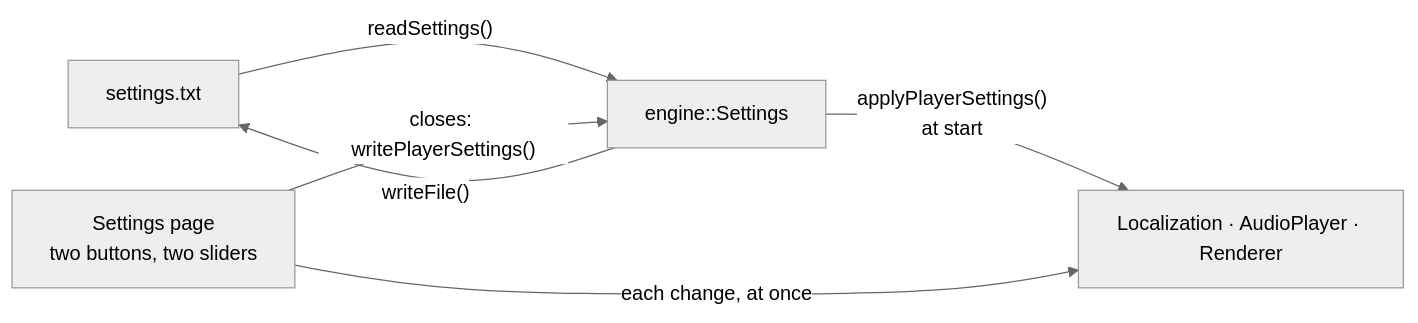
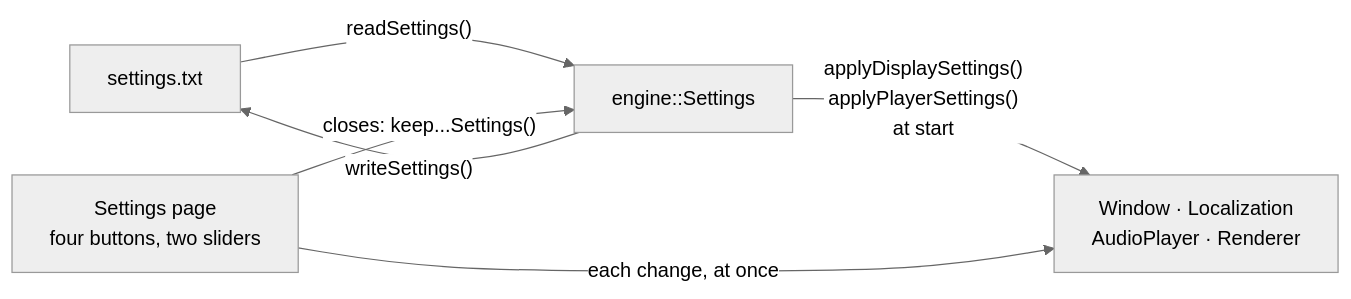
The diagram in docs/architecture/settings.md (Akinator31/Rtype), drawn with Mermaid (neutral theme) before and after one commit. The commit also changed other lines of this file and 23 other files, not shown here.

````diff
--- a/docs/architecture/settings.md
+++ b/docs/architecture/settings.md
@@ -39,8 +43,8 @@
 ```mermaid
 flowchart LR
     File["settings.txt"] -- "readSettings()" --> Settings["engine::Settings"]
-    Settings -- "applyPlayerSettings()<br/>at start" --> Apply["Localization · AudioPlayer · Renderer"]
-    Page["Settings page<br/>two buttons, two sliders"] -- "each change, at once" --> Apply
-    Page -- "closes: writePlayerSettings()" --> Settings
-    Settings -- "writeFile()" --> File
+    Settings -- "applyDisplaySettings()<br/>applyPlayerSettings()<br/>at start" --> Apply["Window · Localization<br/>AudioPlayer · Renderer"]
+    Page["Settings page<br/>four buttons, two sliders"] -- "each change, at once" --> Apply
+    Page -- "closes: keep...Settings()" --> Settings
+    Settings -- "writeSettings()" --> File
 ```
````
